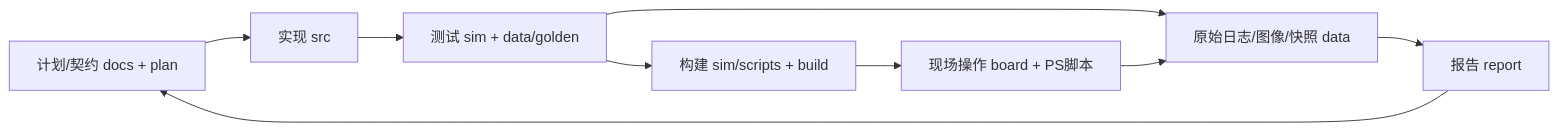
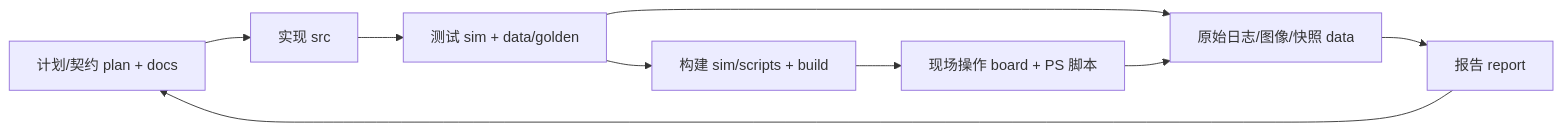
One commit to never-die-cold/FPGA-Alittle-Design changed the diagram in docs/file-guide/tools/README-template.md. Above: the diagram before and after it, drawn with Mermaid. The commit also changed other lines of this file and 867 other files, not shown here.

````diff
--- a/docs/file-guide/tools/README-template.md
+++ b/docs/file-guide/tools/README-template.md
@@ -19,11 +18,11 @@
 ```mermaid
 flowchart LR
-  P[计划/契约 docs + plan] --> S[实现 src]
+  P[计划/契约 plan + docs] --> S[实现 src]
   S --> T[测试 sim + data/golden]
   T --> B[构建 sim/scripts + build]
-  B --> H[现场操作 board + PS脚本]
+  B --> H[现场操作 board + PS 脚本]
   T --> E[原始日志/图像/快照 data]
   H --> E
   E --> R[报告 report]
   R --> P
 ```
````
